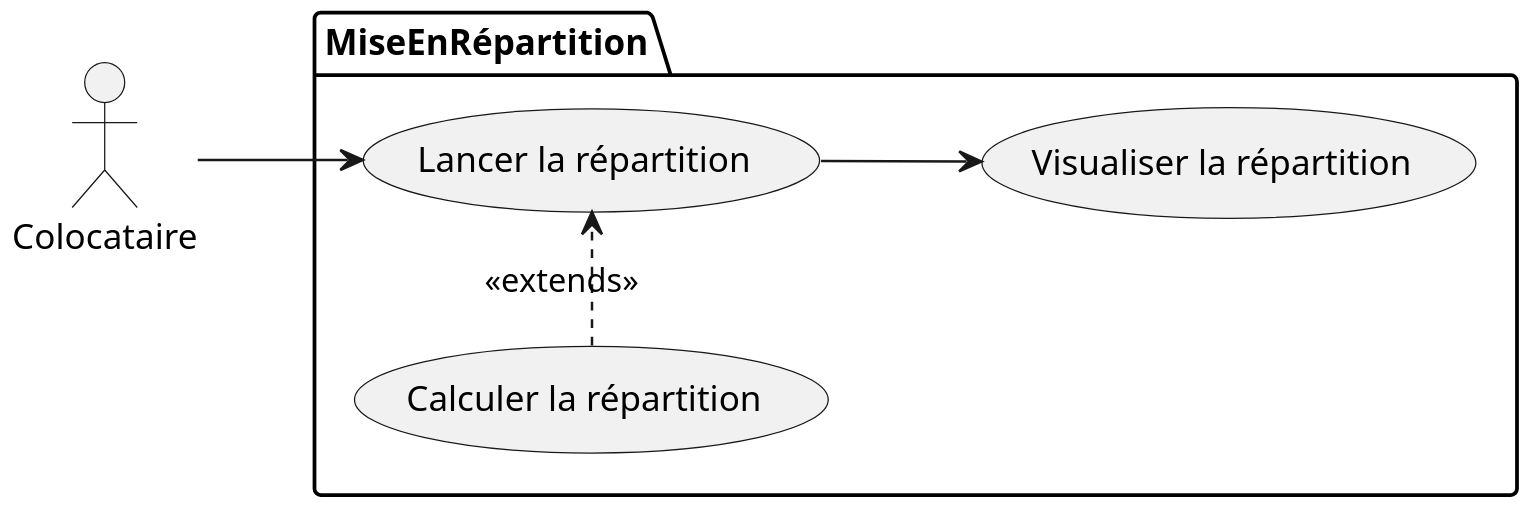
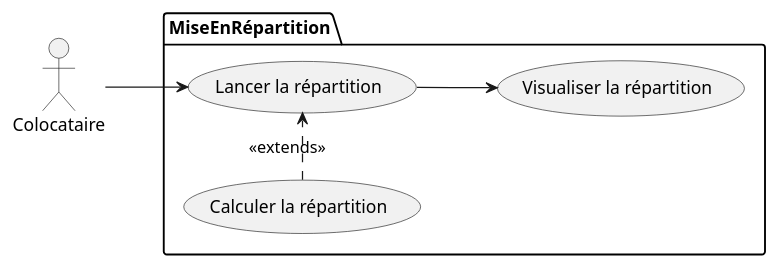
One commit to MihutaMihail/application_crous changed the third of 3 diagrams in README.md. Above: the diagram before and after it, drawn with PlantUML. The commit also changed other lines of this file, not shown here.

````diff
--- a/README.md
+++ b/README.md
@@ -2,16 +56,16 @@
 ```plantuml
 @startuml model1
-scale 2
+scale 1
 left to right direction
 actor Colocataire as c
 
 package MiseEnRépartition{
     usecase "Lancer la répartition" as UC1
     usecase "Visualiser la répartition" as UC2
     usecase "Calculer la répartition" as UC3
 }
 c --> UC1
 UC1 --> UC2
 UC3 .> UC1 : <<extends>>
 @enduml
 ```
````
